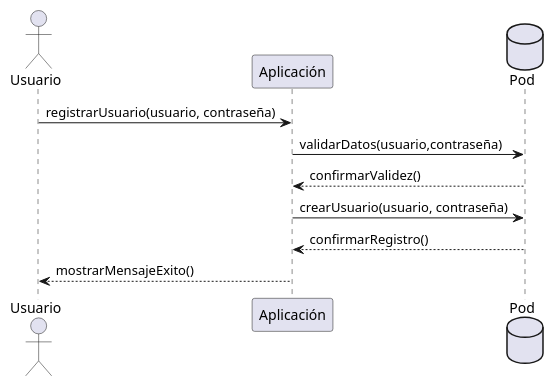
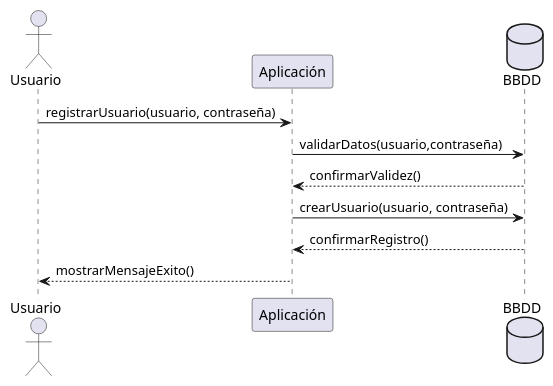
One commit to Arquisoft/wiq_es2a changed the first of 4 diagrams in docs/src/06_runtime_view.adoc. Above: the diagram before and after it, drawn with PlantUML. The commit also changed other lines of this file, not shown here.

```diff
--- a/docs/src/06_runtime_view.adoc
+++ b/docs/src/06_runtime_view.adoc
@@ -42,12 +42,12 @@
 [plantuml,"Registrar usuario",png]
 ----
 actor Usuario
 participant Aplicación
-database Pod as BBDD
+database BBDD
 Usuario-> Aplicación: registrarUsuario(usuario, contraseña)
 Aplicación-> BBDD: validarDatos(usuario,contraseña)
 BBDD--> Aplicación: confirmarValidez()
 Aplicación-> BBDD: crearUsuario(usuario, contraseña)
 BBDD--> Aplicación: confirmarRegistro()
 Aplicación--> Usuario: mostrarMensajeExito()
 ----
```
